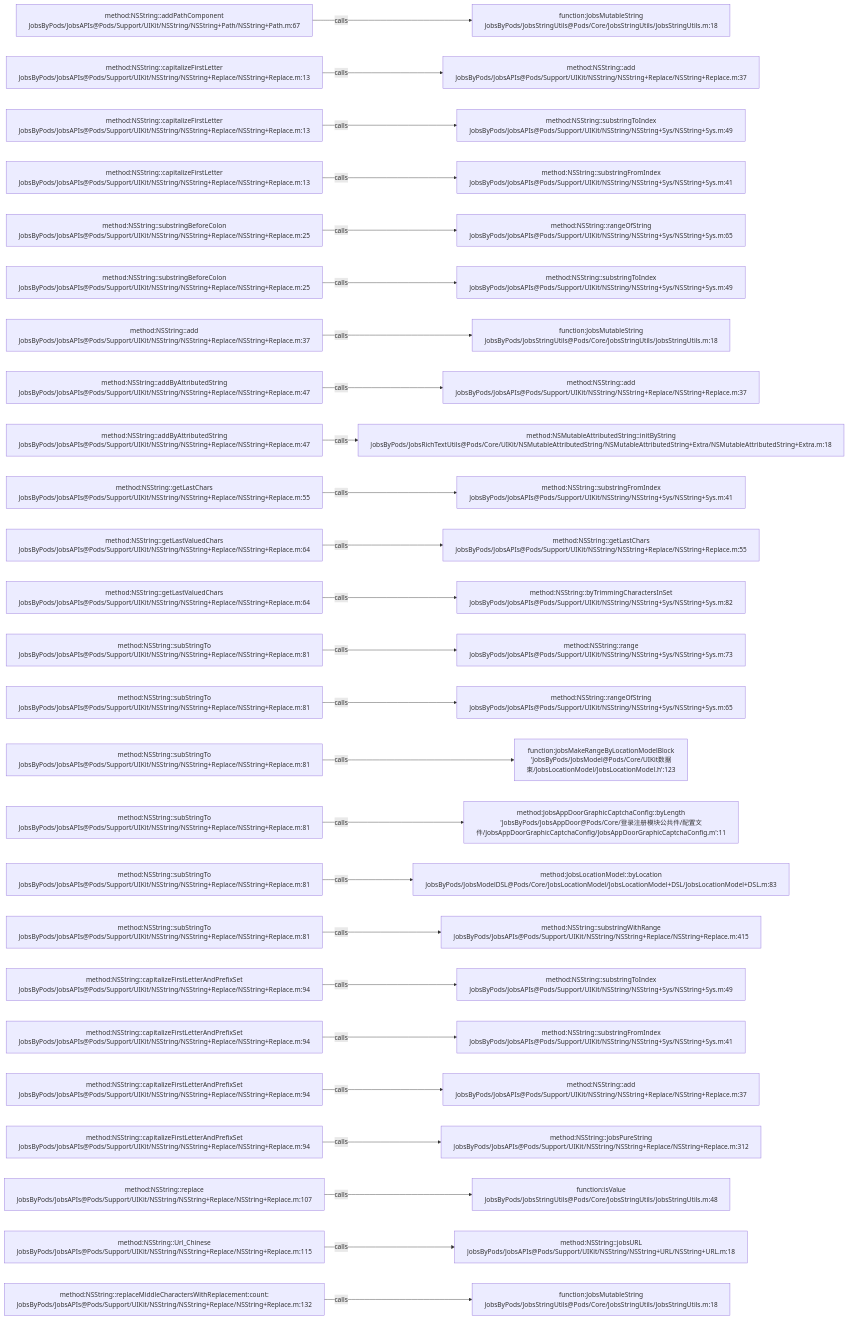
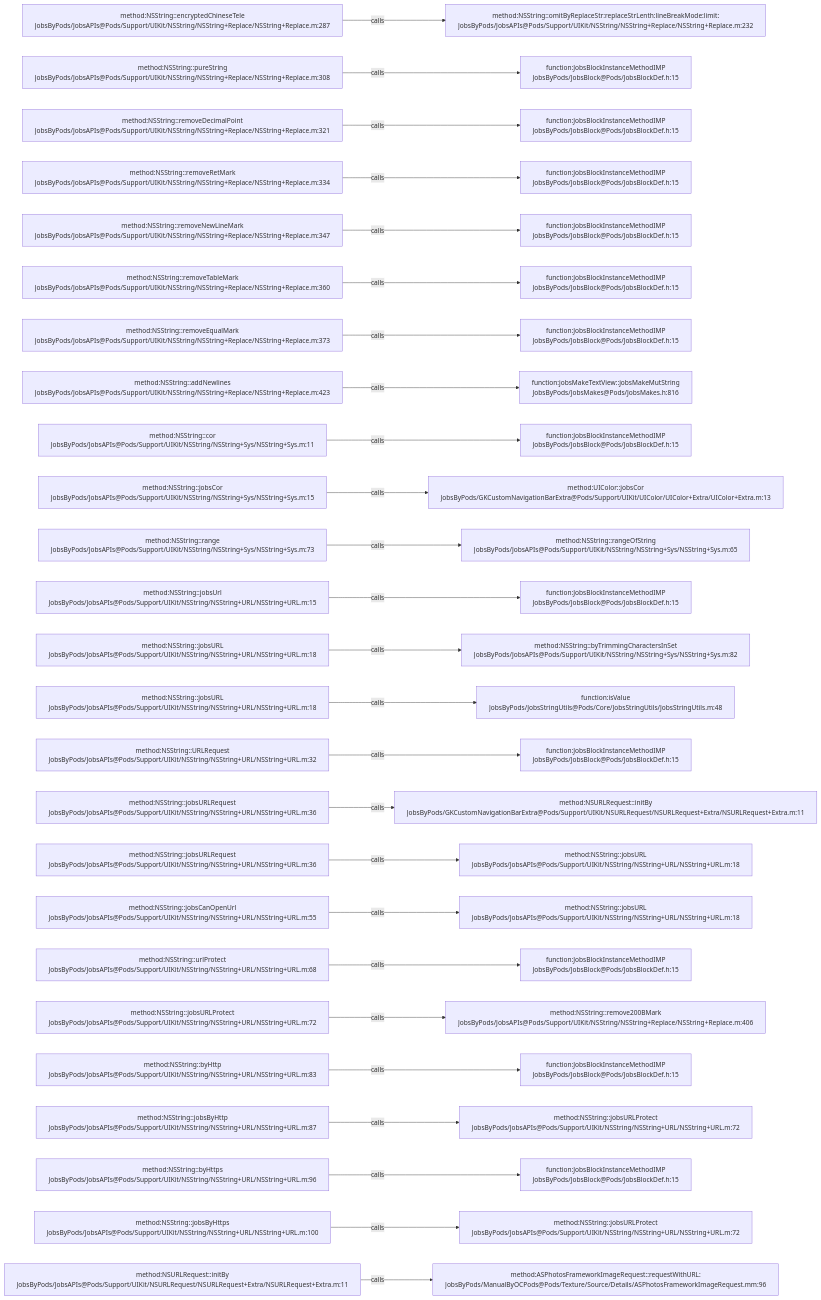
Before and after one commit to JobsKits/JobsOCBaseConfigDemo: the diagram in .codegraph/codegraph.md/graphs/calls-086.md, drawn with Mermaid. The commit also changed 223 other files, not shown here.

````diff
--- a/.codegraph/codegraph.md/graphs/calls-086.md
+++ b/.codegraph/codegraph.md/graphs/calls-086.md
@@ -13,78 +13,78 @@
 ```mermaid
 flowchart LR
-  S1["method:NSString::addPathComponent<br/>JobsByPods/JobsAPIs@Pods/Support/UIKit/NSString/NSString+Path/NSString+Path.m:67"]
-  T1["function:JobsMutableString<br/>JobsByPods/JobsStringUtils@Pods/Core/JobsStringUtils/JobsStringUtils.m:18"]
+  S1["method:NSString::encryptedChineseTele<br/>JobsByPods/JobsAPIs@Pods/Support/UIKit/NSString/NSString+Replace/NSString+Replace.m:287"]
+  T1["method:NSString::omitByReplaceStr:replaceStrLenth:lineBreakMode:limit:<br/>JobsByPods/JobsAPIs@Pods/Support/UIKit/NSString/NSString+Replace/NSString+Replace.m:232"]
   S1 -->|calls| T1
-  S2["method:NSString::capitalizeFirstLetter<br/>JobsByPods/JobsAPIs@Pods/Support/UIKit/NSString/NSString+Replace/NSString+Replace.m:13"]
-  T2["method:NSString::add<br/>JobsByPods/JobsAPIs@Pods/Support/UIKit/NSString/NSString+Replace/NSString+Replace.m:37"]
+  S2["method:NSString::pureString<br/>JobsByPods/JobsAPIs@Pods/Support/UIKit/NSString/NSString+Replace/NSString+Replace.m:308"]
+  T2["function:JobsBlockInstanceMethodIMP<br/>JobsByPods/JobsBlock@Pods/JobsBlockDef.h:15"]
   S2 -->|calls| T2
-  S3["method:NSString::capitalizeFirstLetter<br/>JobsByPods/JobsAPIs@Pods/Support/UIKit/NSString/NSString+Replace/NSString+Replace.m:13"]
-  T3["method:NSString::substringToIndex<br/>JobsByPods/JobsAPIs@Pods/Support/UIKit/NSString/NSString+Sys/NSString+Sys.m:49"]
+  S3["method:NSString::removeDecimalPoint<br/>JobsByPods/JobsAPIs@Pods/Support/UIKit/NSString/NSString+Replace/NSString+Replace.m:321"]
+  T3["function:JobsBlockInstanceMethodIMP<br/>JobsByPods/JobsBlock@Pods/JobsBlockDef.h:15"]
   S3 -->|calls| T3
-  S4["method:NSString::capitalizeFirstLetter<br/>JobsByPods/JobsAPIs@Pods/Support/UIKit/NSString/NSString+Replace/NSString+Replace.m:13"]
-  T4["method:NSString::substringFromIndex<br/>JobsByPods/JobsAPIs@Pods/Support/UIKit/NSString/NSString+Sys/NSString+Sys.m:41"]
+  S4["method:NSString::removeRetMark<br/>JobsByPods/JobsAPIs@Pods/Support/UIKit/NSString/NSString+Replace/NSString+Replace.m:334"]
+  T4["function:JobsBlockInstanceMethodIMP<br/>JobsByPods/JobsBlock@Pods/JobsBlockDef.h:15"]
   S4 -->|calls| T4
-  S5["method:NSString::substringBeforeColon<br/>JobsByPods/JobsAPIs@Pods/Support/UIKit/NSString/NSString+Replace/NSString+Replace.m:25"]
-  T5["method:NSString::rangeOfString<br/>JobsByPods/JobsAPIs@Pods/Support/UIKit/NSString/NSString+Sys/NSString+Sys.m:65"]
+  S5["method:NSString::removeNewLineMark<br/>JobsByPods/JobsAPIs@Pods/Support/UIKit/NSString/NSString+Replace/NSString+Replace.m:347"]
+  T5["function:JobsBlockInstanceMethodIMP<br/>JobsByPods/JobsBlock@Pods/JobsBlockDef.h:15"]
   S5 -->|calls| T5
-  S6["method:NSString::substringBeforeColon<br/>JobsByPods/JobsAPIs@Pods/Support/UIKit/NSString/NSString+Replace/NSString+Replace.m:25"]
-  T6["method:NSString::substringToIndex<br/>JobsByPods/JobsAPIs@Pods/Support/UIKit/NSString/NSString+Sys/NSString+Sys.m:49"]
+  S6["method:NSString::removeTableMark<br/>JobsByPods/JobsAPIs@Pods/Support/UIKit/NSString/NSString+Replace/NSString+Replace.m:360"]
+  T6["function:JobsBlockInstanceMethodIMP<br/>JobsByPods/JobsBlock@Pods/JobsBlockDef.h:15"]
   S6 -->|calls| T6
-  S7["method:NSString::add<br/>JobsByPods/JobsAPIs@Pods/Support/UIKit/NSString/NSString+Replace/NSString+Replace.m:37"]
-  T7["function:JobsMutableString<br/>JobsByPods/JobsStringUtils@Pods/Core/JobsStringUtils/JobsStringUtils.m:18"]
+  S7["method:NSString::removeEqualMark<br/>JobsByPods/JobsAPIs@Pods/Support/UIKit/NSString/NSString+Replace/NSString+Replace.m:373"]
+  T7["function:JobsBlockInstanceMethodIMP<br/>JobsByPods/JobsBlock@Pods/JobsBlockDef.h:15"]
   S7 -->|calls| T7
-  S8["method:NSString::addByAttributedString<br/>JobsByPods/JobsAPIs@Pods/Support/UIKit/NSString/NSString+Replace/NSString+Replace.m:47"]
-  T8["method:NSString::add<br/>JobsByPods/JobsAPIs@Pods/Support/UIKit/NSString/NSString+Replace/NSString+Replace.m:37"]
+  S8["method:NSString::addNewlines<br/>JobsByPods/JobsAPIs@Pods/Support/UIKit/NSString/NSString+Replace/NSString+Replace.m:423"]
+  T8["function:jobsMakeTextView::jobsMakeMutString<br/>JobsByPods/JobsMakes@Pods/JobsMakes.h:816"]
   S8 -->|calls| T8
-  S9["method:NSString::addByAttributedString<br/>JobsByPods/JobsAPIs@Pods/Support/UIKit/NSString/NSString+Replace/NSString+Replace.m:47"]
-  T9["method:NSMutableAttributedString::initByString<br/>JobsByPods/JobsRichTextUtils@Pods/Core/UIKit/NSMutableAttributedString/NSMutableAttributedString+Extra/NSMutableAttributedString+Extra.m:18"]
+  S9["method:NSString::cor<br/>JobsByPods/JobsAPIs@Pods/Support/UIKit/NSString/NSString+Sys/NSString+Sys.m:11"]
+  T9["function:JobsBlockInstanceMethodIMP<br/>JobsByPods/JobsBlock@Pods/JobsBlockDef.h:15"]
   S9 -->|calls| T9
-  S10["method:NSString::getLastChars<br/>JobsByPods/JobsAPIs@Pods/Support/UIKit/NSString/NSString+Replace/NSString+Replace.m:55"]
-  T10["method:NSString::substringFromIndex<br/>JobsByPods/JobsAPIs@Pods/Support/UIKit/NSString/NSString+Sys/NSString+Sys.m:41"]
+  S10["method:NSString::jobsCor<br/>JobsByPods/JobsAPIs@Pods/Support/UIKit/NSString/NSString+Sys/NSString+Sys.m:15"]
+  T10["method:UIColor::jobsCor<br/>JobsByPods/GKCustomNavigationBarExtra@Pods/Support/UIKit/UIColor/UIColor+Extra/UIColor+Extra.m:13"]
   S10 -->|calls| T10
-  S11["method:NSString::getLastValuedChars<br/>JobsByPods/JobsAPIs@Pods/Support/UIKit/NSString/NSString+Replace/NSString+Replace.m:64"]
-  T11["method:NSString::getLastChars<br/>JobsByPods/JobsAPIs@Pods/Support/UIKit/NSString/NSString+Replace/NSString+Replace.m:55"]
+  S11["method:NSString::range<br/>JobsByPods/JobsAPIs@Pods/Support/UIKit/NSString/NSString+Sys/NSString+Sys.m:73"]
+  T11["method:NSString::rangeOfString<br/>JobsByPods/JobsAPIs@Pods/Support/UIKit/NSString/NSString+Sys/NSString+Sys.m:65"]
   S11 -->|calls| T11
-  S12["method:NSString::getLastValuedChars<br/>JobsByPods/JobsAPIs@Pods/Support/UIKit/NSString/NSString+Replace/NSString+Replace.m:64"]
-  T12["method:NSString::byTrimmingCharactersInSet<br/>JobsByPods/JobsAPIs@Pods/Support/UIKit/NSString/NSString+Sys/NSString+Sys.m:82"]
+  S12["method:NSString::jobsUrl<br/>JobsByPods/JobsAPIs@Pods/Support/UIKit/NSString/NSString+URL/NSString+URL.m:15"]
+  T12["function:JobsBlockInstanceMethodIMP<br/>JobsByPods/JobsBlock@Pods/JobsBlockDef.h:15"]
   S12 -->|calls| T12
-  S13["method:NSString::subStringTo<br/>JobsByPods/JobsAPIs@Pods/Support/UIKit/NSString/NSString+Replace/NSString+Replace.m:81"]
-  T13["method:NSString::range<br/>JobsByPods/JobsAPIs@Pods/Support/UIKit/NSString/NSString+Sys/NSString+Sys.m:73"]
+  S13["method:NSString::jobsURL<br/>JobsByPods/JobsAPIs@Pods/Support/UIKit/NSString/NSString+URL/NSString+URL.m:18"]
+  T13["method:NSString::byTrimmingCharactersInSet<br/>JobsByPods/JobsAPIs@Pods/Support/UIKit/NSString/NSString+Sys/NSString+Sys.m:82"]
   S13 -->|calls| T13
-  S14["method:NSString::subStringTo<br/>JobsByPods/JobsAPIs@Pods/Support/UIKit/NSString/NSString+Replace/NSString+Replace.m:81"]
-  T14["method:NSString::rangeOfString<br/>JobsByPods/JobsAPIs@Pods/Support/UIKit/NSString/NSString+Sys/NSString+Sys.m:65"]
+  S14["method:NSString::jobsURL<br/>JobsByPods/JobsAPIs@Pods/Support/UIKit/NSString/NSString+URL/NSString+URL.m:18"]
+  T14["function:isValue<br/>JobsByPods/JobsStringUtils@Pods/Core/JobsStringUtils/JobsStringUtils.m:48"]
   S14 -->|calls| T14
-  S15["method:NSString::subStringTo<br/>JobsByPods/JobsAPIs@Pods/Support/UIKit/NSString/NSString+Replace/NSString+Replace.m:81"]
-  T15["function:jobsMakeRangeByLocationModelBlock<br/>'JobsByPods/JobsModel@Pods/Core/UIKit数据束/JobsLocationModel/JobsLocationModel.h':123"]
+  S15["method:NSString::URLRequest<br/>JobsByPods/JobsAPIs@Pods/Support/UIKit/NSString/NSString+URL/NSString+URL.m:32"]
+  T15["function:JobsBlockInstanceMethodIMP<br/>JobsByPods/JobsBlock@Pods/JobsBlockDef.h:15"]
   S15 -->|calls| T15
-  S16["method:NSString::subStringTo<br/>JobsByPods/JobsAPIs@Pods/Support/UIKit/NSString/NSString+Replace/NSString+Replace.m:81"]
-  T16["method:JobsAppDoorGraphicCaptchaConfig::byLength<br/>'JobsByPods/JobsAppDoor@Pods/Core/登录注册模块公共件/配置文件/JobsAppDoorGraphicCaptchaConfig/JobsAppDoorGraphicCaptchaConfig.m':11"]
+  S16["method:NSString::jobsURLRequest<br/>JobsByPods/JobsAPIs@Pods/Support/UIKit/NSString/NSString+URL/NSString+URL.m:36"]
+  T16["method:NSURLRequest::initBy<br/>JobsByPods/GKCustomNavigationBarExtra@Pods/Support/UIKit/NSURLRequest/NSURLRequest+Extra/NSURLRequest+Extra.m:11"]
   S16 -->|calls| T16
-  S17["method:NSString::subStringTo<br/>JobsByPods/JobsAPIs@Pods/Support/UIKit/NSString/NSString+Replace/NSString+Replace.m:81"]
-  T17["method:JobsLocationModel::byLocation<br/>JobsByPods/JobsModelDSL@Pods/Core/JobsLocationModel/JobsLocationModel+DSL/JobsLocationModel+DSL.m:83"]
+  S17["method:NSString::jobsURLRequest<br/>JobsByPods/JobsAPIs@Pods/Support/UIKit/NSString/NSString+URL/NSString+URL.m:36"]
+  T17["method:NSString::jobsURL<br/>JobsByPods/JobsAPIs@Pods/Support/UIKit/NSString/NSString+URL/NSString+URL.m:18"]
   S17 -->|calls| T17
-  S18["method:NSString::subStringTo<br/>JobsByPods/JobsAPIs@Pods/Support/UIKit/NSString/NSString+Replace/NSString+Replace.m:81"]
-  T18["method:NSString::substringWithRange<br/>JobsByPods/JobsAPIs@Pods/Support/UIKit/NSString/NSString+Replace/NSString+Replace.m:415"]
+  S18["method:NSString::jobsCanOpenUrl<br/>JobsByPods/JobsAPIs@Pods/Support/UIKit/NSString/NSString+URL/NSString+URL.m:55"]
+  T18["method:NSString::jobsURL<br/>JobsByPods/JobsAPIs@Pods/Support/UIKit/NSString/NSString+URL/NSString+URL.m:18"]
   S18 -->|calls| T18
-  S19["method:NSString::capitalizeFirstLetterAndPrefixSet<br/>JobsByPods/JobsAPIs@Pods/Support/UIKit/NSString/NSString+Replace/NSString+Replace.m:94"]
-  T19["method:NSString::substringToIndex<br/>JobsByPods/JobsAPIs@Pods/Support/UIKit/NSString/NSString+Sys/NSString+Sys.m:49"]
+  S19["method:NSString::urlProtect<br/>JobsByPods/JobsAPIs@Pods/Support/UIKit/NSString/NSString+URL/NSString+URL.m:68"]
+  T19["function:JobsBlockInstanceMethodIMP<br/>JobsByPods/JobsBlock@Pods/JobsBlockDef.h:15"]
   S19 -->|calls| T19
-  S20["method:NSString::capitalizeFirstLetterAndPrefixSet<br/>JobsByPods/JobsAPIs@Pods/Support/UIKit/NSString/NSString+Replace/NSString+Replace.m:94"]
-  T20["method:NSString::substringFromIndex<br/>JobsByPods/JobsAPIs@Pods/Support/UIKit/NSString/NSString+Sys/NSString+Sys.m:41"]
+  S20["method:NSString::jobsURLProtect<br/>JobsByPods/JobsAPIs@Pods/Support/UIKit/NSString/NSString+URL/NSString+URL.m:72"]
+  T20["method:NSString::remove200BMark<br/>JobsByPods/JobsAPIs@Pods/Support/UIKit/NSString/NSString+Replace/NSString+Replace.m:406"]
   S20 -->|calls| T20
-  S21["method:NSString::capitalizeFirstLetterAndPrefixSet<br/>JobsByPods/JobsAPIs@Pods/Support/UIKit/NSString/NSString+Replace/NSString+Replace.m:94"]
-  T21["method:NSString::add<br/>JobsByPods/JobsAPIs@Pods/Support/UIKit/NSString/NSString+Replace/NSString+Replace.m:37"]
+  S21["method:NSString::byHttp<br/>JobsByPods/JobsAPIs@Pods/Support/UIKit/NSString/NSString+URL/NSString+URL.m:83"]
+  T21["function:JobsBlockInstanceMethodIMP<br/>JobsByPods/JobsBlock@Pods/JobsBlockDef.h:15"]
   S21 -->|calls| T21
-  S22["method:NSString::capitalizeFirstLetterAndPrefixSet<br/>JobsByPods/JobsAPIs@Pods/Support/UIKit/NSString/NSString+Replace/NSString+Replace.m:94"]
-  T22["method:NSString::jobsPureString<br/>JobsByPods/JobsAPIs@Pods/Support/UIKit/NSString/NSString+Replace/NSString+Replace.m:312"]
+  S22["method:NSString::jobsByHttp<br/>JobsByPods/JobsAPIs@Pods/Support/UIKit/NSString/NSString+URL/NSString+URL.m:87"]
+  T22["method:NSString::jobsURLProtect<br/>JobsByPods/JobsAPIs@Pods/Support/UIKit/NSString/NSString+URL/NSString+URL.m:72"]
   S22 -->|calls| T22
-  S23["method:NSString::replace<br/>JobsByPods/JobsAPIs@Pods/Support/UIKit/NSString/NSString+Replace/NSString+Replace.m:107"]
-  T23["function:isValue<br/>JobsByPods/JobsStringUtils@Pods/Core/JobsStringUtils/JobsStringUtils.m:48"]
+  S23["method:NSString::byHttps<br/>JobsByPods/JobsAPIs@Pods/Support/UIKit/NSString/NSString+URL/NSString+URL.m:96"]
+  T23["function:JobsBlockInstanceMethodIMP<br/>JobsByPods/JobsBlock@Pods/JobsBlockDef.h:15"]
   S23 -->|calls| T23
-  S24["method:NSString::Url_Chinese<br/>JobsByPods/JobsAPIs@Pods/Support/UIKit/NSString/NSString+Replace/NSString+Replace.m:115"]
-  T24["method:NSString::jobsURL<br/>JobsByPods/JobsAPIs@Pods/Support/UIKit/NSString/NSString+URL/NSString+URL.m:18"]
+  S24["method:NSString::jobsByHttps<br/>JobsByPods/JobsAPIs@Pods/Support/UIKit/NSString/NSString+URL/NSString+URL.m:100"]
+  T24["method:NSString::jobsURLProtect<br/>JobsByPods/JobsAPIs@Pods/Support/UIKit/NSString/NSString+URL/NSString+URL.m:72"]
   S24 -->|calls| T24
-  S25["method:NSString::replaceMiddleCharactersWithReplacement:count:<br/>JobsByPods/JobsAPIs@Pods/Support/UIKit/NSString/NSString+Replace/NSString+Replace.m:132"]
-  T25["function:JobsMutableString<br/>JobsByPods/JobsStringUtils@Pods/Core/JobsStringUtils/JobsStringUtils.m:18"]
+  S25["method:NSURLRequest::initBy<br/>JobsByPods/JobsAPIs@Pods/Support/UIKit/NSURLRequest/NSURLRequest+Extra/NSURLRequest+Extra.m:11"]
+  T25["method:ASPhotosFrameworkImageRequest::requestWithURL:<br/>JobsByPods/ManualByOCPods@Pods/Texture/Source/Details/ASPhotosFrameworkImageRequest.mm:96"]
   S25 -->|calls| T25
 ```
````
